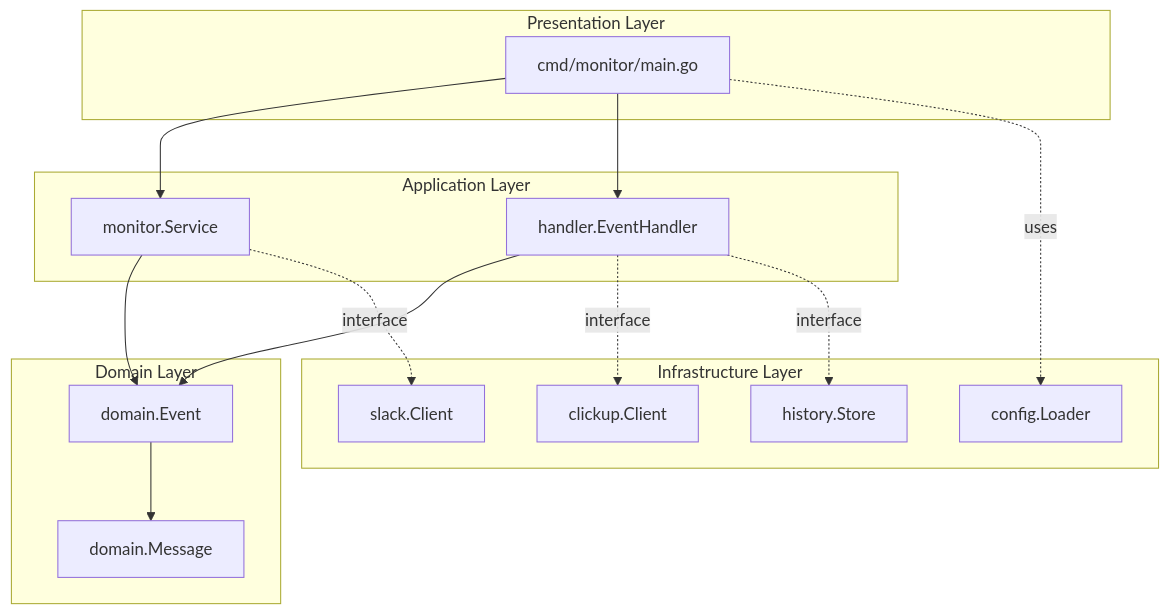
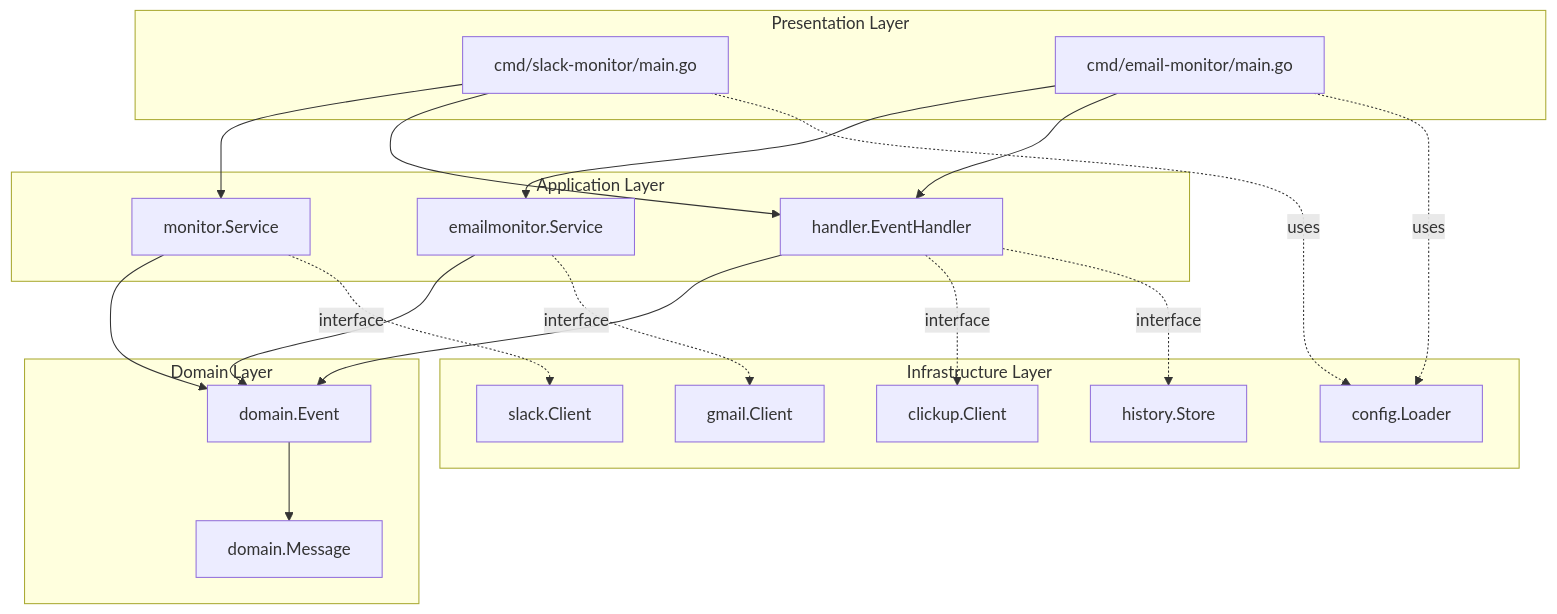
The second of 8 diagrams in docs/ARCHITECTURE.md (zime78/Slickwebhook), drawn with Mermaid before and after one commit. The commit also changed other lines of this file and 11 other files, not shown here.

Commit message:
feat: Email Monitor 기능 추가 - Gmail IMAP + XOAUTH2 인증 기반 이메일 모니터링 - Slack/Email 독립 빌드 타겟 분리 - 공통 이벤트 핸들러 및 ClickUp 연동

````diff
--- a/docs/ARCHITECTURE.md
+++ b/docs/ARCHITECTURE.md
@@ -55,33 +84,41 @@
 ```mermaid
 flowchart TB
     subgraph Presentation["Presentation Layer"]
-        MAIN["cmd/monitor/main.go"]
+        SLACK_MAIN["cmd/slack-monitor/main.go"]
+        EMAIL_MAIN["cmd/email-monitor/main.go"]
     end
 
     subgraph Application["Application Layer"]
-        MONITOR["monitor.Service"]
+        SLACK_MONITOR["monitor.Service"]
+        EMAIL_MONITOR["emailmonitor.Service"]
         HANDLER["handler.EventHandler"]
     end
 
     subgraph Domain["Domain Layer"]
         MESSAGE["domain.Message"]
         EVENT["domain.Event"]
     end
 
     subgraph Infrastructure["Infrastructure Layer"]
         SLACK["slack.Client"]
+        GMAIL["gmail.Client"]
         CLICKUP["clickup.Client"]
         CONFIG["config.Loader"]
         HISTORY["history.Store"]
     end
 
-    MAIN --> MONITOR
-    MAIN --> HANDLER
-    MONITOR --> EVENT
+    SLACK_MAIN --> SLACK_MONITOR
+    EMAIL_MAIN --> EMAIL_MONITOR
+    SLACK_MAIN --> HANDLER
+    EMAIL_MAIN --> HANDLER
+    SLACK_MONITOR --> EVENT
+    EMAIL_MONITOR --> EVENT
     HANDLER --> EVENT
     EVENT --> MESSAGE
-    MONITOR -.->|interface| SLACK
+    SLACK_MONITOR -.->|interface| SLACK
+    EMAIL_MONITOR -.->|interface| GMAIL
     HANDLER -.->|interface| CLICKUP
     HANDLER -.->|interface| HISTORY
-    MAIN -.->|uses| CONFIG
+    SLACK_MAIN -.->|uses| CONFIG
+    EMAIL_MAIN -.->|uses| CONFIG
 ```
````
